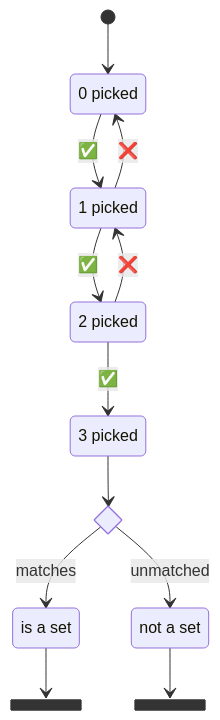
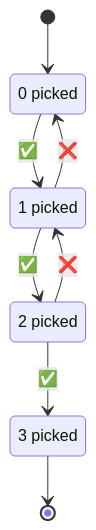
Before and after one commit to sarah-j-smith/cs193p-tuto: the second of 3 diagrams in assign3/README.md, drawn with Mermaid. The commit also changed other lines of this file and 10 other files, not shown here.

````diff
--- a/assign3/README.md
+++ b/assign3/README.md
@@ -92,23 +115,14 @@
 ```mermaid
 stateDiagram-v2
-    state if_state <<choice>>
-    state join_state_a <<join>>
-    state join_state_b <<join>>
     state "0 picked" as a
     state "1 picked" as b
     state "2 picked" as c
     state "3 picked" as d
-    state "is a set" as e
-    state "not a set" as f
     [*] --> a
     a --> b: ✅
     b --> a: ❌
     b --> c: ✅
     c --> b: ❌
     c --> d: ✅
-    d --> if_state
-    if_state --> e: matches
-    if_state --> f : unmatched
-    e --> join_state_a
-    f --> join_state_b
+    d --> [*]
 ```
````
